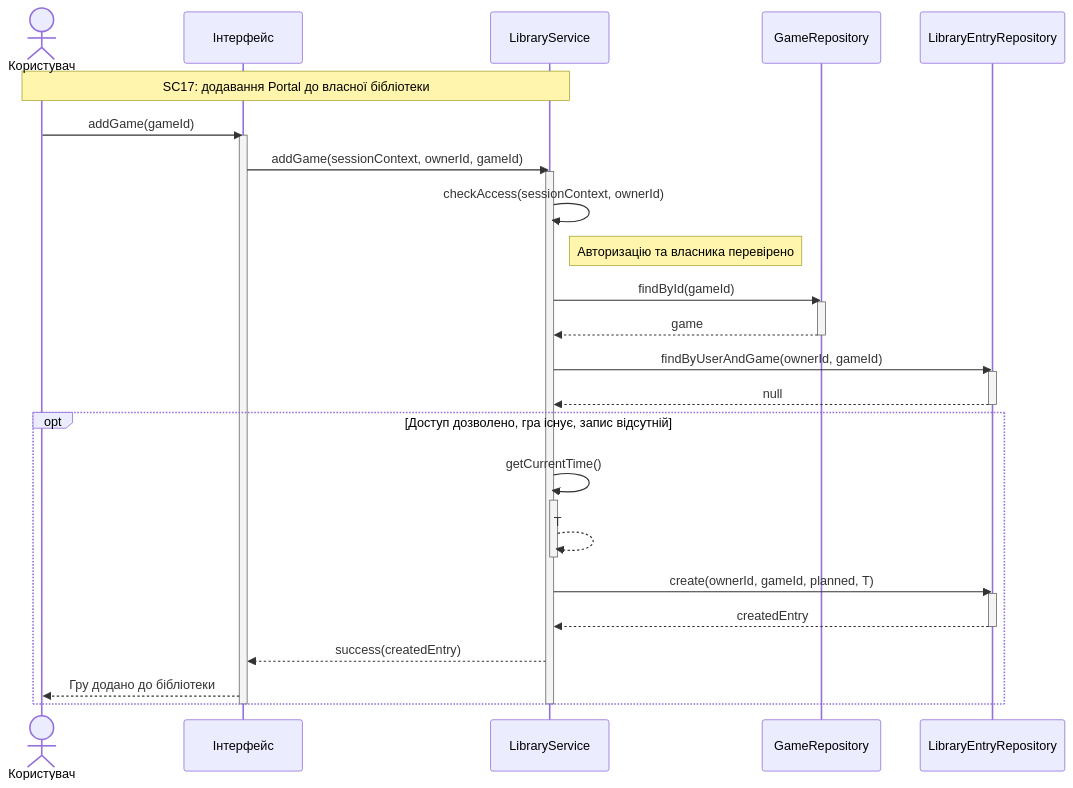
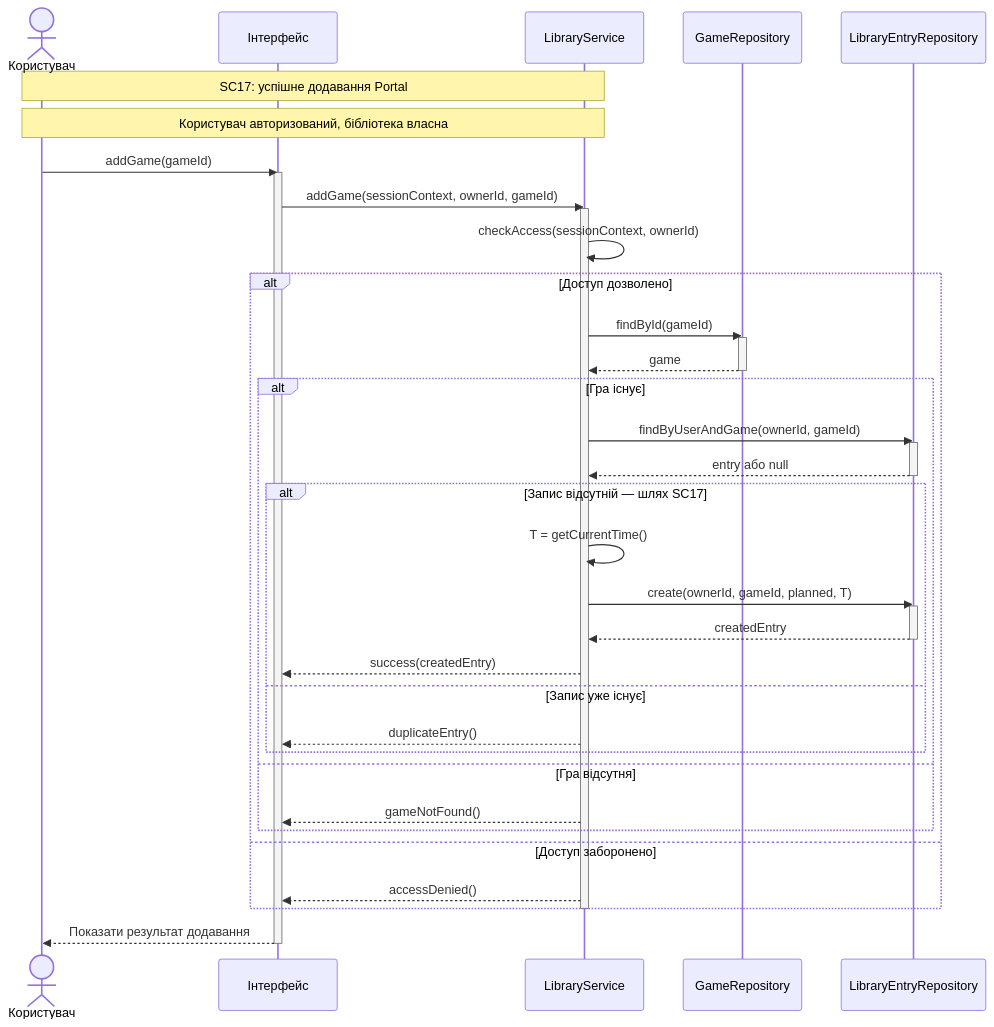
Before and after one commit to Bbg0kif/KPI: the diagram in Lab3/sc17-add-game.mmd, drawn with Mermaid. The commit also changed 2 other files, not shown here.

```diff
--- a/Lab3/sc17-add-game.mmd
+++ b/Lab3/sc17-add-game.mmd
@@ -1,44 +1,51 @@
 sequenceDiagram
     actor User as Користувач
     participant UI as Інтерфейс
     participant LS as LibraryService
     participant GR as GameRepository
     participant LR as LibraryEntryRepository
 
-    Note over User,LS: SC17: додавання Portal до власної бібліотеки
+    Note over User,LS: SC17: успішне додавання Portal
+    Note over User,LS: Користувач авторизований, бібліотека власна
 
     User->>UI: addGame(gameId)
     activate UI
     UI->>LS: addGame(sessionContext, ownerId, gameId)
     activate LS
 
     LS->>LS: checkAccess(sessionContext, ownerId)
-    Note right of LS: Авторизацію та власника перевірено
 
-    LS->>GR: findById(gameId)
-    activate GR
-    GR-->>LS: game
-    deactivate GR
+    alt Доступ дозволено
+        LS->>GR: findById(gameId)
+        activate GR
+        GR-->>LS: game
+        deactivate GR
 
-    LS->>LR: findByUserAndGame(ownerId, gameId)
-    activate LR
-    LR-->>LS: null
-    deactivate LR
+        alt Гра існує
+            LS->>LR: findByUserAndGame(ownerId, gameId)
+            activate LR
+            LR-->>LS: entry або null
+            deactivate LR
 
-    opt Доступ дозволено, гра існує, запис відсутній
-        LS->>LS: getCurrentTime()
-        activate LS
-        LS-->>LS: T
-        deactivate LS
+            alt Запис відсутній — шлях SC17
+                LS->>LS: T = getCurrentTime()
+                LS->>LR: create(ownerId, gameId, planned, T)
+                activate LR
+                LR-->>LS: createdEntry
+                deactivate LR
+                LS-->>UI: success(createdEntry)
+            else Запис уже існує
+                LS-->>UI: duplicateEntry()
+            end
 
-        LS->>LR: create(ownerId, gameId, planned, T)
-        activate LR
-        LR-->>LS: createdEntry
-        deactivate LR
+        else Гра відсутня
+            LS-->>UI: gameNotFound()
+        end
 
-        LS-->>UI: success(createdEntry)
-        UI-->>User: Гру додано до бібліотеки
+    else Доступ заборонено
+        LS-->>UI: accessDenied()
     end
 
     deactivate LS
+    UI-->>User: Показати результат додавання
     deactivate UI
```
